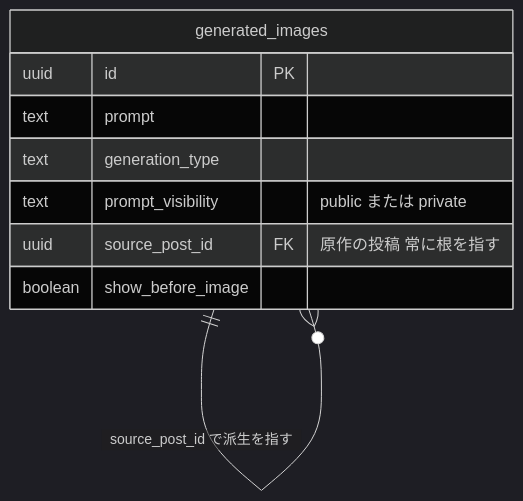
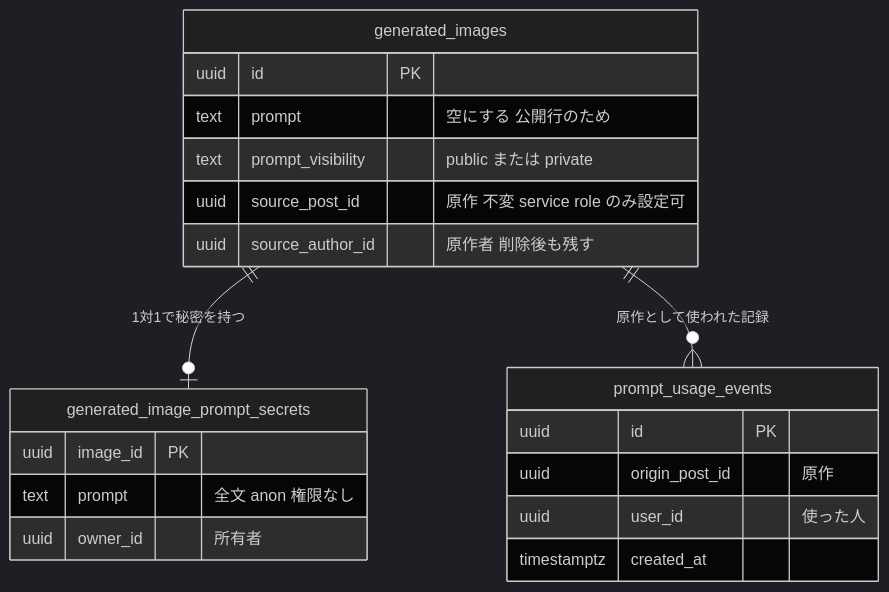
The fifth of 6 diagrams in docs/planning/free-prompt-private-mode-implementation-plan.md (3balljugglerYu/ai_coordinate), drawn with Mermaid (dark theme) before and after one commit. The commit also changed other lines of this file, not shown here.

````diff
--- a/docs/planning/free-prompt-private-mode-implementation-plan.md
+++ b/docs/planning/free-prompt-private-mode-implementation-plan.md
@@ -176,12 +183,23 @@
 ```mermaid
 erDiagram
-    generated_images ||--o{ generated_images : "source_post_id で派生を指す"
+    generated_images ||--o| generated_image_prompt_secrets : "1対1で秘密を持つ"
+    generated_images ||--o{ prompt_usage_events : "原作として使われた記録"
+    generated_image_prompt_secrets {
+        uuid image_id PK
+        text prompt "全文 anon 権限なし"
+        uuid owner_id "所有者"
+    }
     generated_images {
         uuid id PK
-        text prompt
-        text generation_type
+        text prompt "空にする 公開行のため"
         text prompt_visibility "public または private"
-        uuid source_post_id FK "原作の投稿 常に根を指す"
-        boolean show_before_image
+        uuid source_post_id "原作 不変 service role のみ設定可"
+        uuid source_author_id "原作者 削除後も残す"
+    }
+    prompt_usage_events {
+        uuid id PK
+        uuid origin_post_id "原作"
+        uuid user_id "使った人"
+        timestamptz created_at
     }
 ```
````
